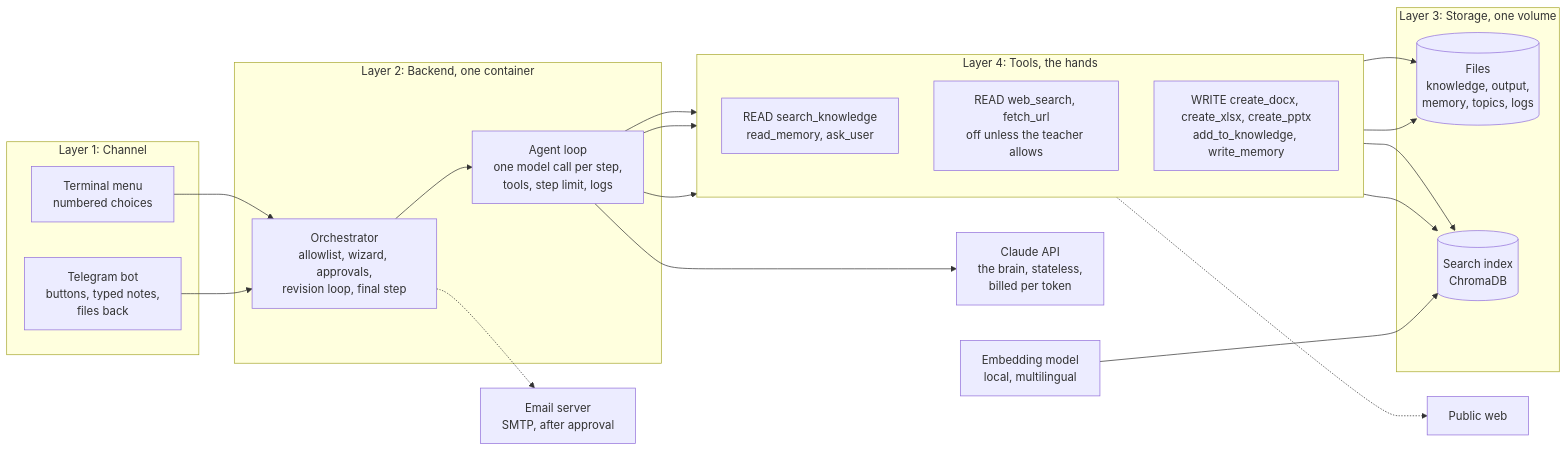
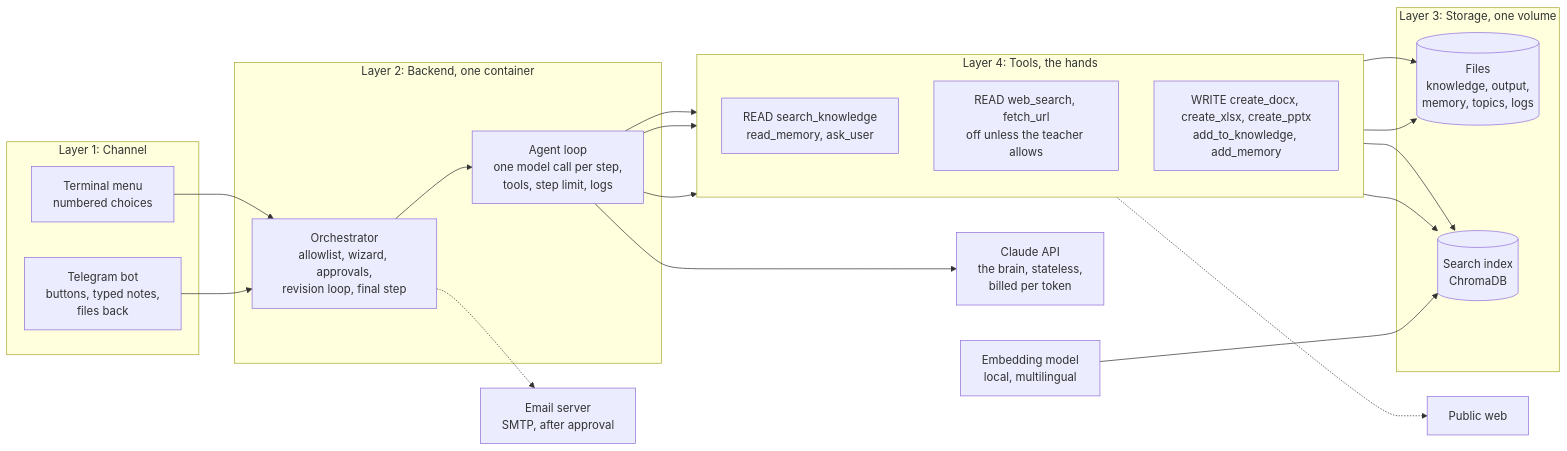
Before and after one commit to RMcowork/lesson-prep-agent: the first of 2 diagrams in architecture.md, drawn with Mermaid. The commit also changed other lines of this file and 18 other files, not shown here.

````diff
--- a/architecture.md
+++ b/architecture.md
@@ -11,40 +11,40 @@
 ```mermaid
 flowchart LR
     subgraph L1["Layer 1: Channel"]
         TG["Telegram bot<br/>buttons, typed notes,<br/>files back"]
         CLI["Terminal menu<br/>numbered choices"]
     end
     subgraph L2["Layer 2: Backend, one container"]
         ORCH["Orchestrator<br/>allowlist, wizard, approvals,<br/>revision loop, final step"]
         LOOP["Agent loop<br/>one model call per step,<br/>tools, step limit, logs"]
         ORCH --> LOOP
     end
     subgraph L4["Layer 4: Tools, the hands"]
         direction TB
         R1["READ search_knowledge<br/>read_memory, ask_user"]
         R2["READ web_search, fetch_url<br/>off unless the teacher allows"]
-        W1["WRITE create_docx, create_xlsx, create_pptx<br/>add_to_knowledge, write_memory"]
+        W1["WRITE create_docx, create_xlsx, create_pptx<br/>add_to_knowledge, add_memory"]
     end
     subgraph L3["Layer 3: Storage, one volume"]
         FILES[("Files<br/>knowledge, output,<br/>memory, topics, logs")]
         IDX[("Search index<br/>ChromaDB")]
     end
     MODEL["Claude API<br/>the brain, stateless,<br/>billed per token"]
     EMB["Embedding model<br/>local, multilingual"]
     SMTP["Email server<br/>SMTP, after approval"]
     NET["Public web"]
 
     TG --> ORCH
     CLI --> ORCH
     LOOP --> MODEL
     LOOP --> R1
     LOOP --> R2
     LOOP --> W1
     R1 --> IDX
     R1 --> FILES
     W1 --> FILES
     W1 --> IDX
     EMB --> IDX
     R2 -.-> NET
     ORCH -.-> SMTP
 ```
````
